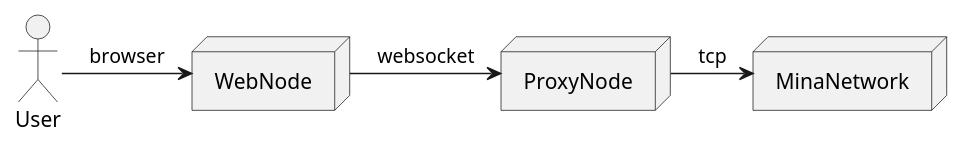
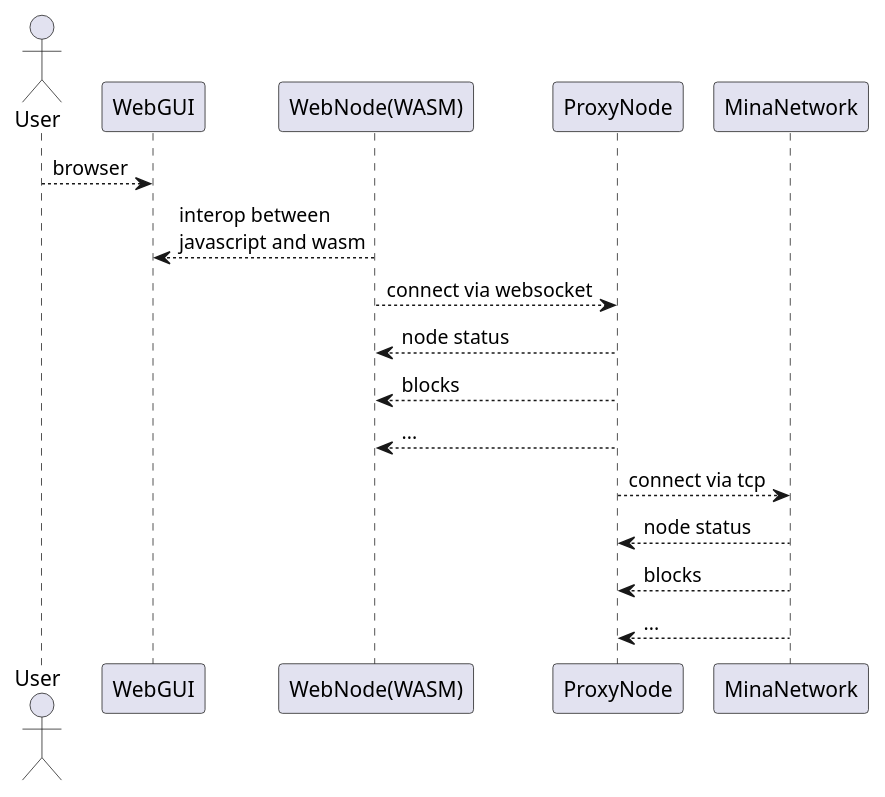
The diagram in docs/mvp-arch.iuml (ChainSafe/mina-rs), drawn with PlantUML before and after one commit.

Commit message:
refine uml

```diff
--- a/docs/mvp-arch.iuml
+++ b/docs/mvp-arch.iuml
@@ -1,10 +1,14 @@
 @startuml mvp
 actor User
-node WebNode
-node ProxyNode
-node MinaNetwork
 
-User -> WebNode : browser
-WebNode -> ProxyNode : websocket
-ProxyNode -> MinaNetwork : tcp
+User --> WebGUI : browser
+WebGUI <-- "WebNode(WASM)": interop between\njavascript and wasm
+"WebNode(WASM)" --> ProxyNode : connect via websocket
+"WebNode(WASM)" <-- ProxyNode : node status
+"WebNode(WASM)" <-- ProxyNode : blocks
+"WebNode(WASM)" <-- ProxyNode : ...
+ProxyNode --> MinaNetwork : connect via tcp
+ProxyNode <-- MinaNetwork : node status
+ProxyNode <-- MinaNetwork : blocks
+ProxyNode <-- MinaNetwork : ...
 @enduml
```
